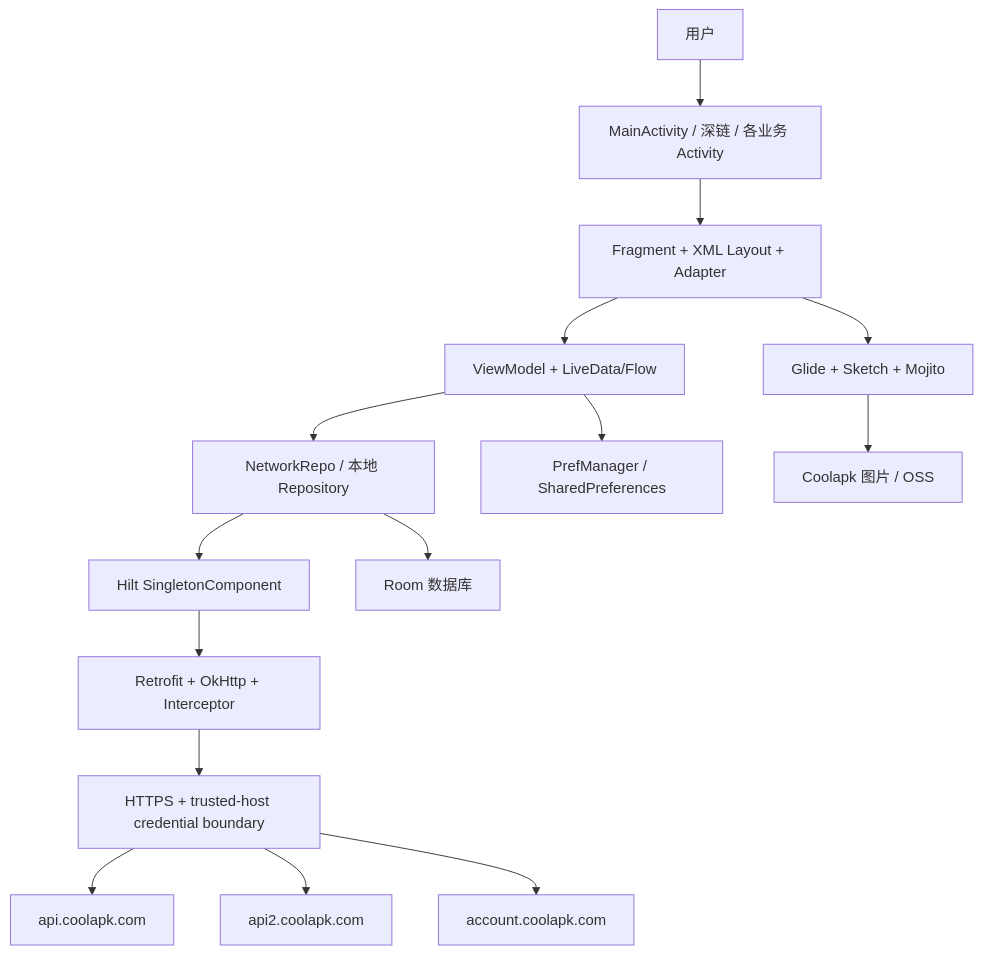
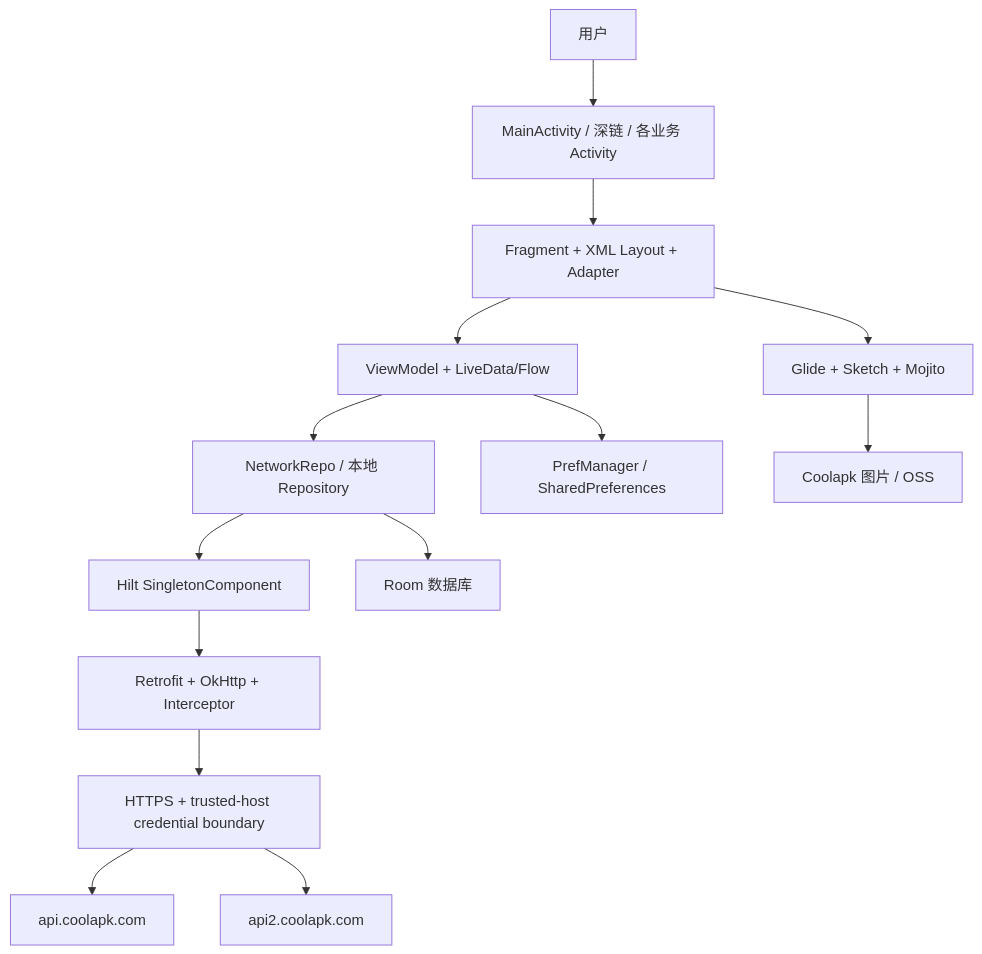
The diagram in docs/architecture.md (godmiracle/Coolapk), drawn with Mermaid before and after one commit. The commit also changed other lines of this file and 191 other files, not shown here.

````diff
--- a/docs/architecture.md
+++ b/docs/architecture.md
@@ -7,17 +7,16 @@
 ```mermaid
 flowchart TD
     User["用户"] --> Entry["MainActivity / 深链 / 各业务 Activity"]
     Entry --> UI["Fragment + XML Layout + Adapter"]
     UI --> VM["ViewModel + LiveData/Flow"]
     VM --> Repo["NetworkRepo / 本地 Repository"]
     Repo --> Hilt["Hilt SingletonComponent"]
     Hilt --> Retrofit["Retrofit + OkHttp + Interceptor"]
     Retrofit --> Boundary["HTTPS + trusted-host credential boundary"]
     Boundary --> API1["api.coolapk.com"]
     Boundary --> API2["api2.coolapk.com"]
-    Boundary --> Account["account.coolapk.com"]
     Repo --> Room["Room 数据库"]
     VM --> Pref["PrefManager / SharedPreferences"]
     UI --> Image["Glide + Sketch + Mojito"]
     Image --> ImageHost["Coolapk 图片 / OSS"]
 ```
````
